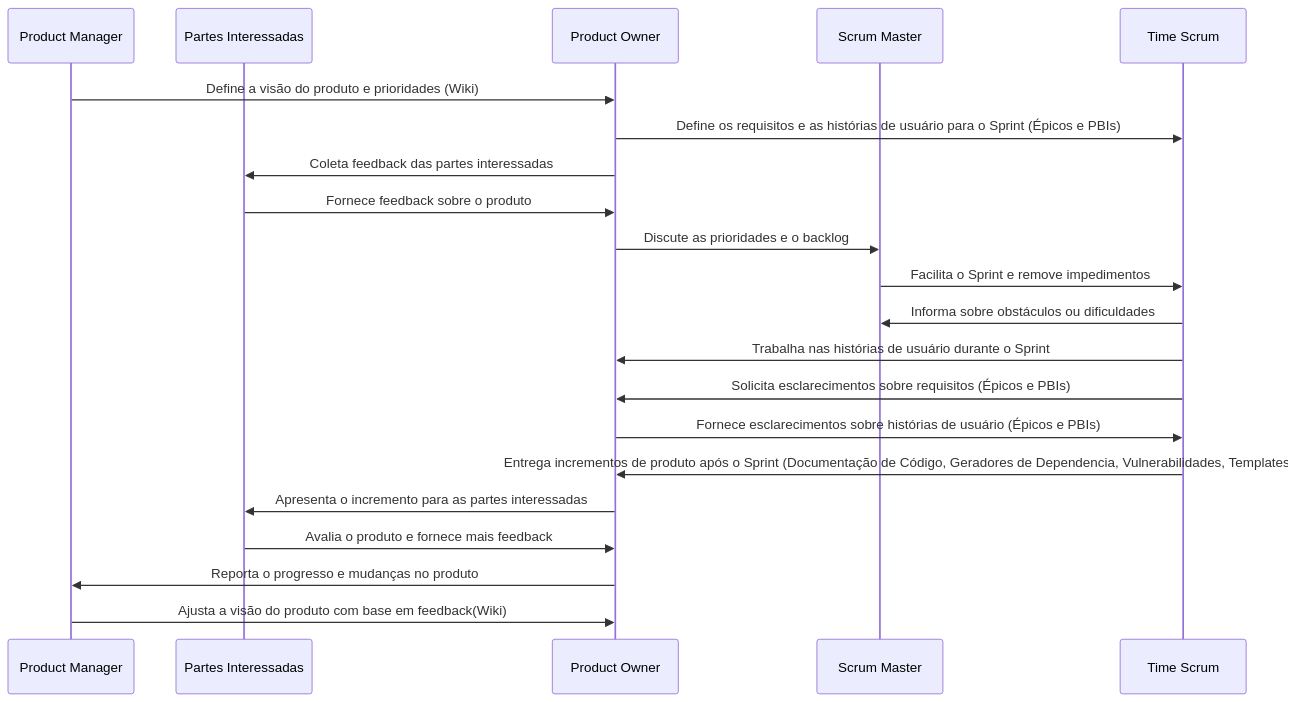
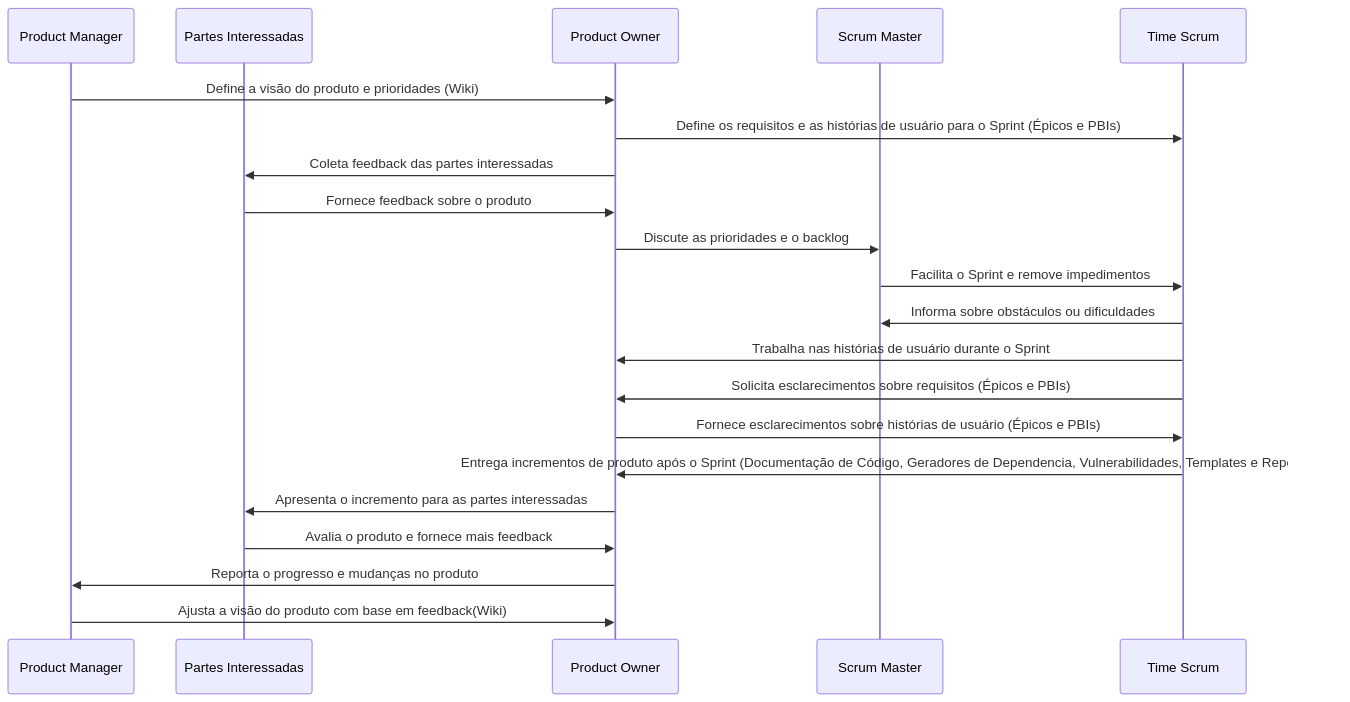
The diagram in README.md (60pportunities/wiki2mkdocs), drawn with Mermaid before and after one commit. The commit also changed other lines of this file, not shown here.

````diff
--- a/README.md
+++ b/README.md
@@ -50,24 +50,24 @@
 ```mermaid
 sequenceDiagram
     participant PM as Product Manager
     participant SI as Partes Interessadas
     participant PO as Product Owner
     participant SM as Scrum Master
     participant TS as Time Scrum
 
     PM->>PO: Define a visão do produto e prioridades (Wiki)
     PO->>TS: Define os requisitos e as histórias de usuário para o Sprint (Épicos e PBIs)
     PO->>SI: Coleta feedback das partes interessadas
     SI->>PO: Fornece feedback sobre o produto
     PO->>SM: Discute as prioridades e o backlog
     SM->>TS: Facilita o Sprint e remove impedimentos
     TS->>SM: Informa sobre obstáculos ou dificuldades
     TS->>PO: Trabalha nas histórias de usuário durante o Sprint
     TS->>PO: Solicita esclarecimentos sobre requisitos (Épicos e PBIs)
     PO->>TS: Fornece esclarecimentos sobre histórias de usuário (Épicos e PBIs)
-    TS->>PO: Entrega incrementos de produto após o Sprint (Documentação de Código, Geradores de Dependencia, Vulnerabilidades, Templates )
+    TS->>PO: Entrega incrementos de produto após o Sprint (Documentação de Código, Geradores de Dependencia, Vulnerabilidades, Templates e Report Book)
     PO->>SI: Apresenta o incremento para as partes interessadas
     SI->>PO: Avalia o produto e fornece mais feedback
     PO->>PM: Reporta o progresso e mudanças no produto
     PM->>PO: Ajusta a visão do produto com base em feedback(Wiki)
 ```
````
